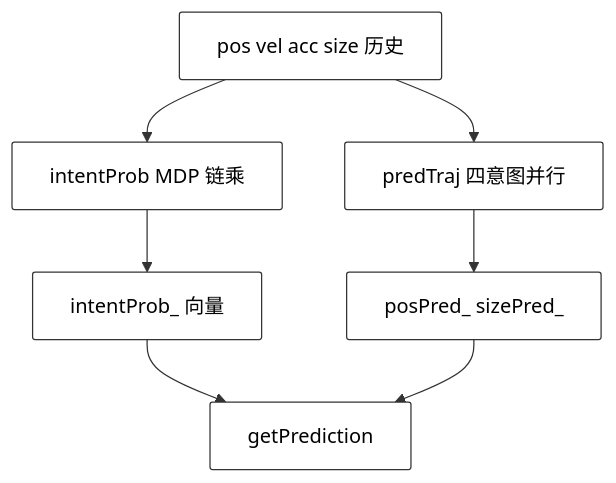
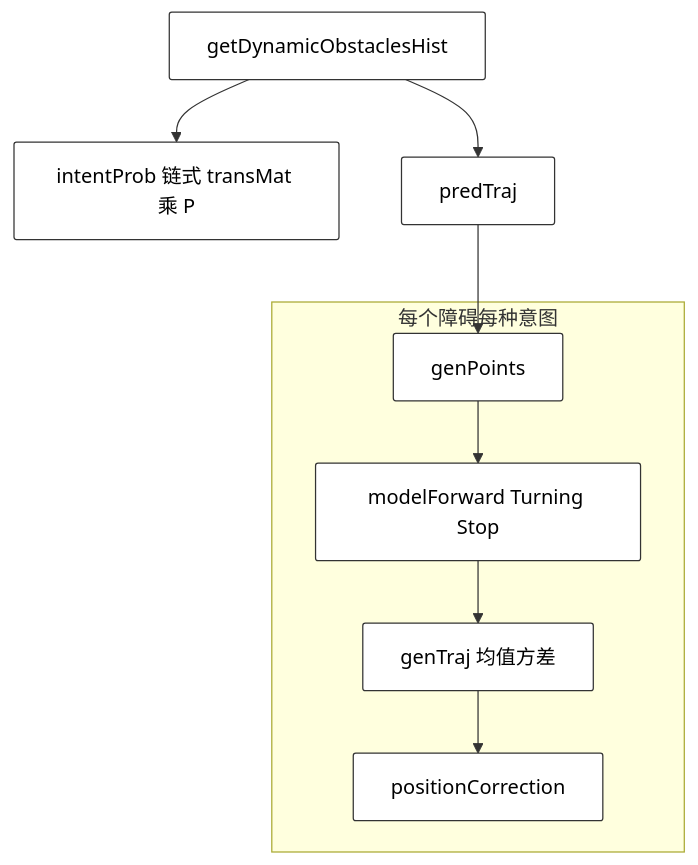
Before and after one commit to KwanWaiPang/KwanWaiPang.github.io: the ninth of 11 diagrams in _posts/2026-05-02-Intent-MPC.md, drawn with Mermaid. The commit also changed other lines of this file, not shown here.

```diff
--- a/_posts/2026-05-02-Intent-MPC.md
+++ b/_posts/2026-05-02-Intent-MPC.md
@@ -193,11 +311,17 @@
 <div class="mermaid" style="display: flex; justify-content: center; width: 90%; margin: 0 auto;">
 graph TD
     classDef default fill:#fff,stroke:#333,stroke-width:1px,color:#000,rx:2,ry:2;
 
-    H[pos vel acc size 历史] --> IP[intentProb MDP 链乘]
-    H --> PT[predTraj 四意图并行]
-    IP --> OUT[intentProb_ 向量]
-    PT --> PP[posPred_ sizePred_]
-    OUT --> G[getPrediction]
-    PP --> G
+    H[getDynamicObstaclesHist]
+    H --> IP[intentProb 链式 transMat 乘 P]
+    H --> PT[predTraj]
+
+    subgraph perOb [每个障碍每种意图]
+        GP[genPoints]
+        GP --> MF[modelForward Turning Stop]
+        MF --> GT[genTraj 均值方差]
+        GT --> PC[positionCorrection]
+    end
+
+    PT --> GP
 </div>
```
